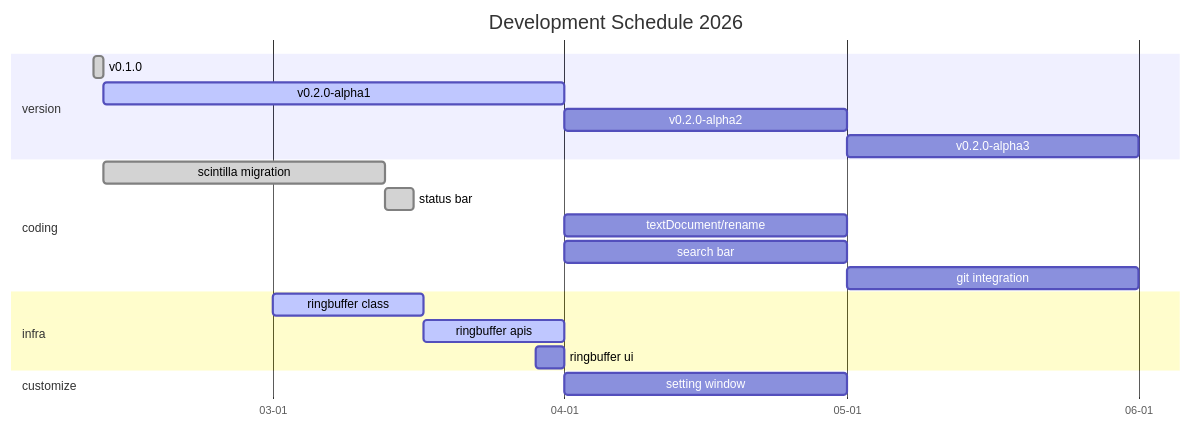
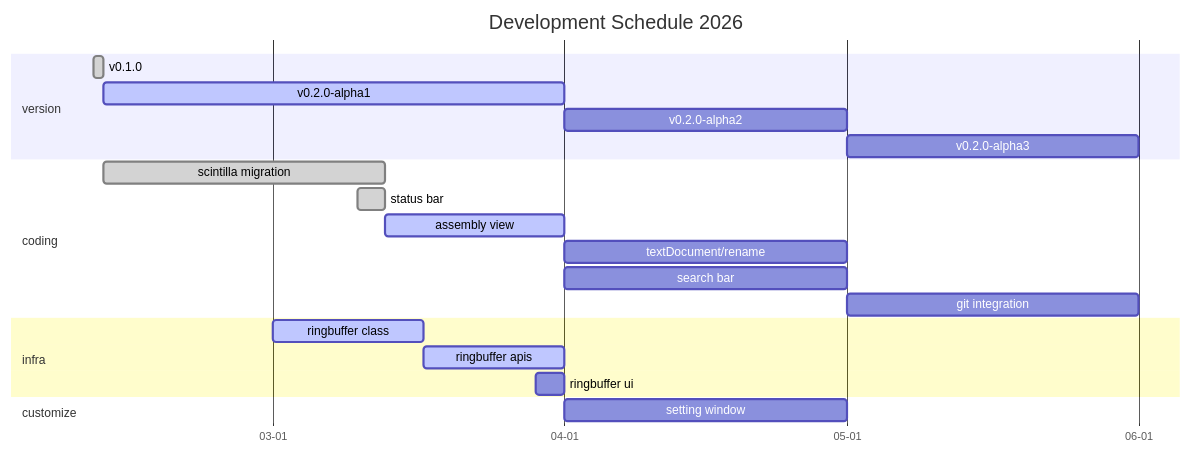
The second of 3 diagrams in readme.md (zyt20001205/UniComm2), drawn with Mermaid before and after one commit. The commit also changed 1 other file, not shown here.

Commit message:
md update

````diff
--- a/readme.md
+++ b/readme.md
@@ -79,28 +79,29 @@
 ```mermaid
 gantt
     title Development Schedule 2026
     dateFormat MM-DD
     axisFormat %m-%d
     tickInterval 1month
 
     section version
         v0.1.0: done, 02-10, 1d
         v0.2.0-alpha1: active, 02-11, 49d
         v0.2.0-alpha2: 04-01, 30d
         v0.2.0-alpha3: 05-01, 31d
 
     section coding
         scintilla migration: done, 02-11, 30d
-        status bar: done, 03-13, 3d
+        status bar: done, 03-10, 3d
+        assembly view: active, 03-13, 19d
         textDocument/rename: 04-01, 30d
         search bar: 04-01, 30d
         git integration: 05-01, 31d
 
     section infra
         ringbuffer class: active, 03-01, 16d
         ringbuffer apis: active, 03-17, 15d
         ringbuffer ui: 03-29, 3d
 
     section customize
         setting window: 04-01, 30d
 ```
````
